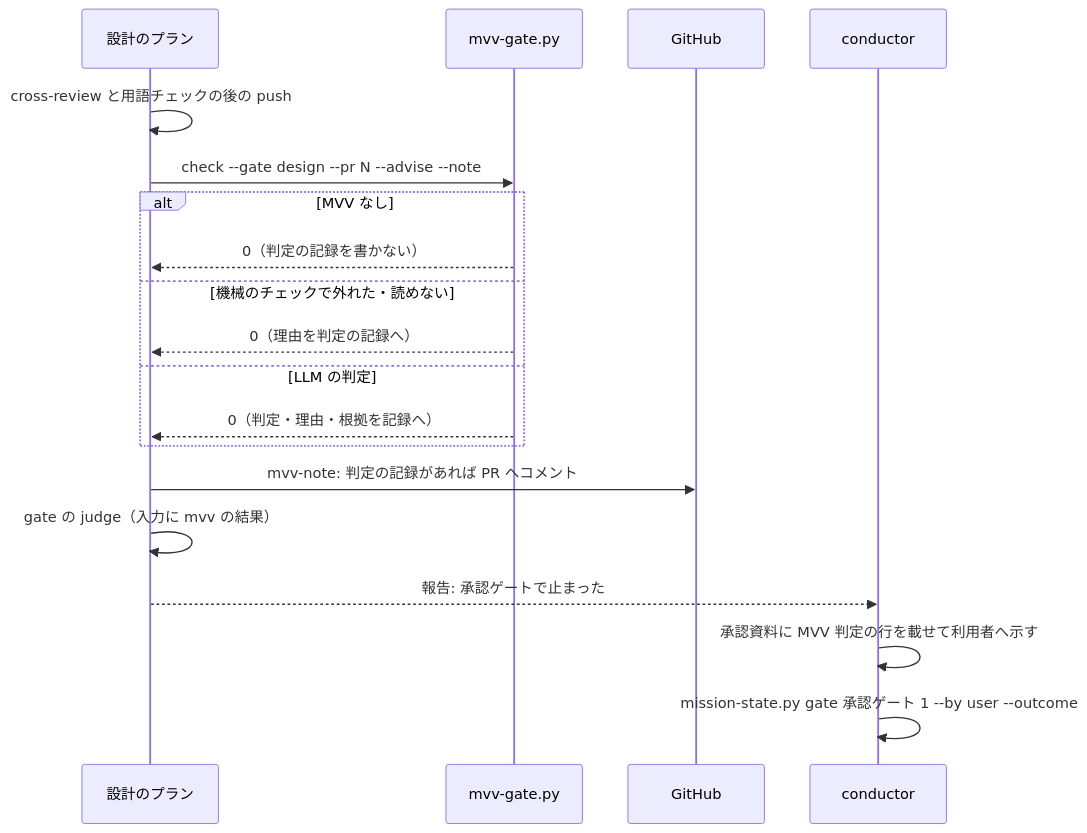
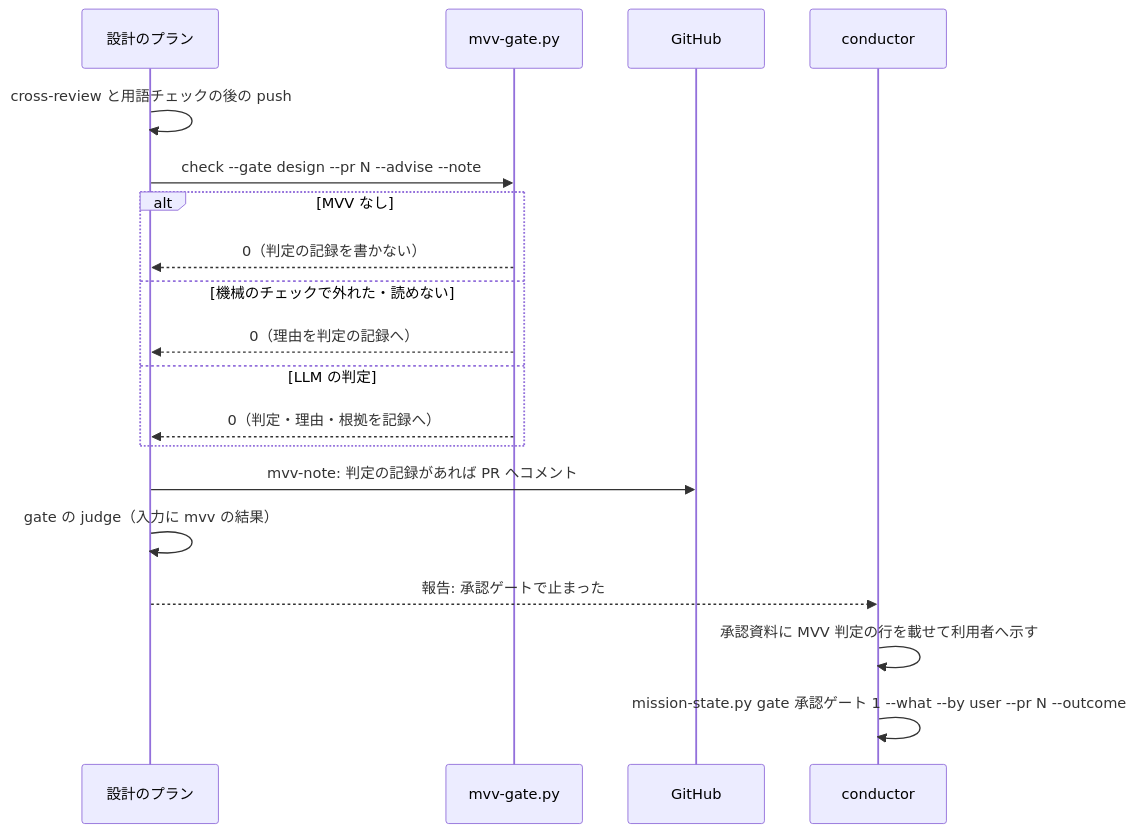
Before and after one commit to devbasex/ai-plugins: the fourth of 6 diagrams in issues/issue-1400-design.md, drawn with Mermaid. The commit also changed other lines of this file, not shown here.

Commit message:
docs(design): #1400 gate --by user の案内に --what を足し、覆しの照合を設計 PR で絞る

````diff
--- a/issues/issue-1400-design.md
+++ b/issues/issue-1400-design.md
@@ -305,21 +315,21 @@
 ```mermaid
 sequenceDiagram
     participant P as 設計のプラン
     participant G as mvv-gate.py
     participant H as GitHub
     participant C as conductor
     P->>P: cross-review と用語チェックの後の push
     P->>G: check --gate design --pr N --advise --note
     alt MVV なし
         G-->>P: 0（判定の記録を書かない）
     else 機械のチェックで外れた・読めない
         G-->>P: 0（理由を判定の記録へ）
     else LLM の判定
         G-->>P: 0（判定・理由・根拠を記録へ）
     end
     P->>H: mvv-note: 判定の記録があれば PR へコメント
     P->>P: gate の judge（入力に mvv の結果）
     P-->>C: 報告: 承認ゲートで止まった
     C->>C: 承認資料に MVV 判定の行を載せて利用者へ示す
-    C->>C: mission-state.py gate 承認ゲート 1 --by user --outcome
+    C->>C: mission-state.py gate 承認ゲート 1 --what --by user --pr N --outcome
 ```
````
